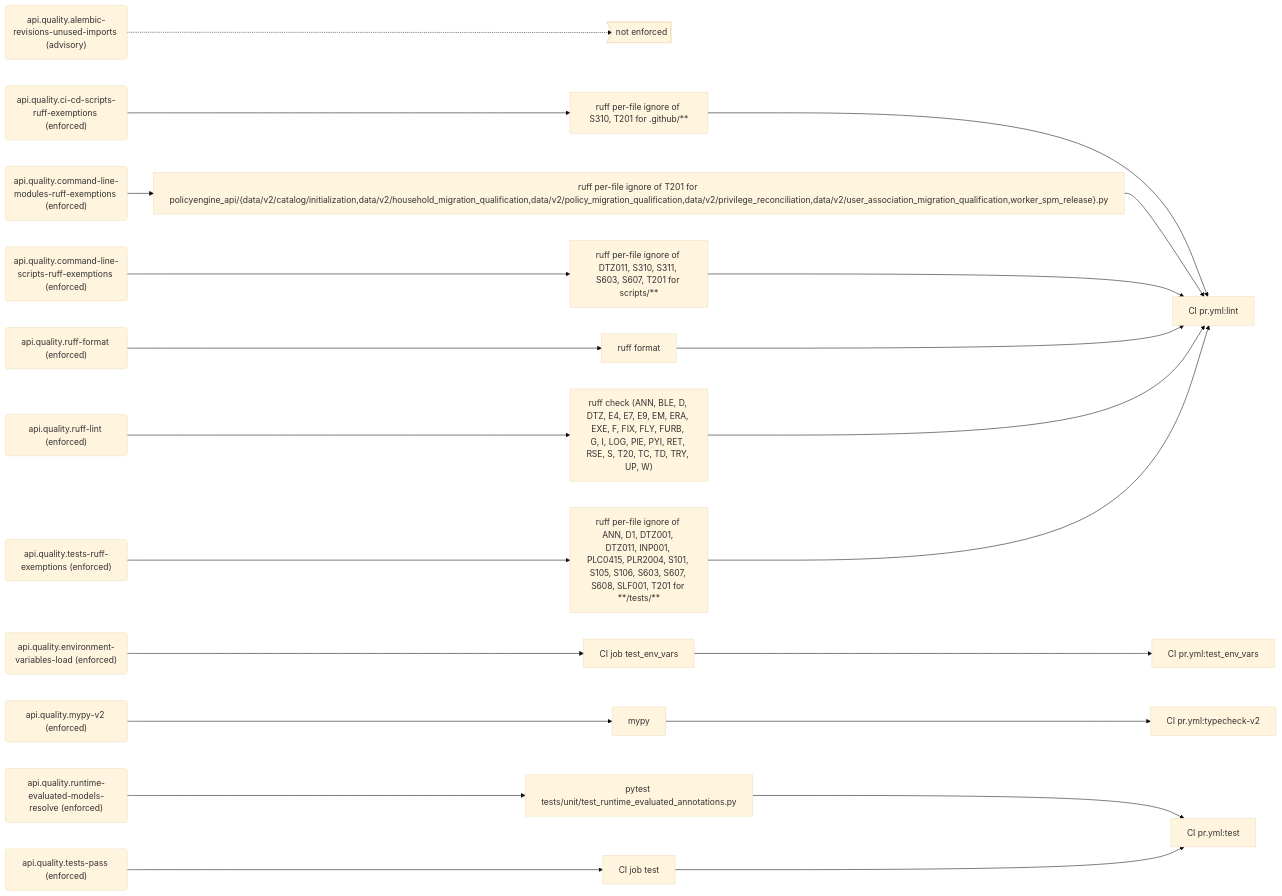
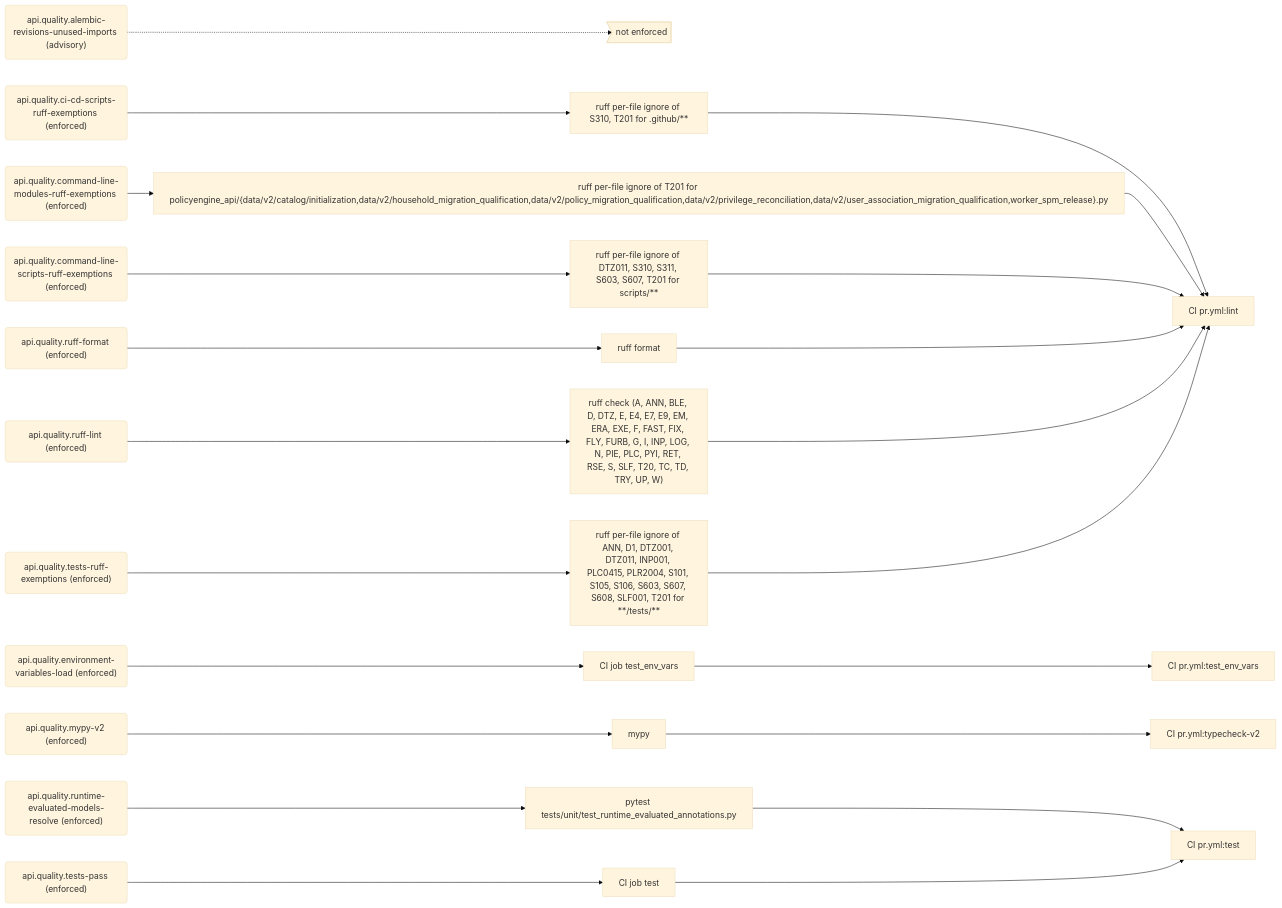
One commit to PolicyEngine/policyengine-api changed the sixth of 9 diagrams in docs/generated/rules.md. Above: the diagram before and after it, drawn with Mermaid (base theme). The commit also changed other lines of this file and 2 other files, not shown here.

Commit message:
Register group 7 in the ruff-lint rule
api.quality.ruff-lint now lists A, E, FAST, INP, N, PLC and SLF. The
rendered rules page also picks up the rules tool's new hash.

````diff
--- a/docs/generated/rules.md
+++ b/docs/generated/rules.md
@@ -304,50 +304,50 @@
 ```mermaid
 flowchart LR
   r_api_quality_alembic_revisions_unused_imports("api.quality.alembic-revisions-unused-imports (advisory)")
   gap_unenforced>"not enforced"]
   r_api_quality_ci_cd_scripts_ruff_exemptions("api.quality.ci-cd-scripts-ruff-exemptions (enforced)")
   e_ruff_per_file_ignore_of_S310__T201_for__github___["ruff per-file ignore of S310, T201 for .github/**"]
   j_CI_pr_yml_lint["CI pr.yml:lint"]
   r_api_quality_command_line_modules_ruff_exemptions("api.quality.command-line-modules-ruff-exemptions (enforced)")
   e_ruff_per_file_ignore_of_T201_for_policyengine_api__data_v2_catalog_initialization_data_v2_household_migration_qualification_data_v2_policy_migration_qualification_data_v2_privilege_reconciliation_data_v2_user_association_migration_qualification_worker_spm_release__py["ruff per-file ignore of T201 for policyengine_api/{data/v2/catalog/initialization,data/v2/household_migration_qualification,data/v2/policy_migration_qualification,data/v2/privilege_reconciliation,data/v2/user_association_migration_qualification,worker_spm_release}.py"]
   r_api_quality_command_line_scripts_ruff_exemptions("api.quality.command-line-scripts-ruff-exemptions (enforced)")
   e_ruff_per_file_ignore_of_DTZ011__S310__S311__S603__S607__T201_for_scripts___["ruff per-file ignore of DTZ011, S310, S311, S603, S607, T201 for scripts/**"]
   r_api_quality_environment_variables_load("api.quality.environment-variables-load (enforced)")
   e_CI_job_test_env_vars["CI job test_env_vars"]
   j_CI_pr_yml_test_env_vars["CI pr.yml:test_env_vars"]
   r_api_quality_mypy_v2("api.quality.mypy-v2 (enforced)")
   e_mypy["mypy"]
   j_CI_pr_yml_typecheck_v2["CI pr.yml:typecheck-v2"]
   r_api_quality_ruff_format("api.quality.ruff-format (enforced)")
   e_ruff_format["ruff format"]
   r_api_quality_ruff_lint("api.quality.ruff-lint (enforced)")
-  e_ruff_check__ANN__BLE__D__DTZ__E4__E7__E9__EM__ERA__EXE__F__FIX__FLY__FURB__G__I__LOG__PIE__PYI__RET__RSE__S__T20__TC__TD__TRY__UP__W_["ruff check (ANN, BLE, D, DTZ, E4, E7, E9, EM, ERA, EXE, F, FIX, FLY, FURB, G, I, LOG, PIE, PYI, RET, RSE, S, T20, TC, TD, TRY, UP, W)"]
+  e_ruff_check__A__ANN__BLE__D__DTZ__E__E4__E7__E9__EM__ERA__EXE__F__FAST__FIX__FLY__FURB__G__I__INP__LOG__N__PIE__PLC__PYI__RET__RSE__S__SLF__T20__TC__TD__TRY__UP__W_["ruff check (A, ANN, BLE, D, DTZ, E, E4, E7, E9, EM, ERA, EXE, F, FAST, FIX, FLY, FURB, G, I, INP, LOG, N, PIE, PLC, PYI, RET, RSE, S, SLF, T20, TC, TD, TRY, UP, W)"]
   r_api_quality_runtime_evaluated_models_resolve("api.quality.runtime-evaluated-models-resolve (enforced)")
   e_pytest_tests_unit_test_runtime_evaluated_annotations_py["pytest tests/unit/test_runtime_evaluated_annotations.py"]
   j_CI_pr_yml_test["CI pr.yml:test"]
   r_api_quality_tests_pass("api.quality.tests-pass (enforced)")
   e_CI_job_test["CI job test"]
   r_api_quality_tests_ruff_exemptions("api.quality.tests-ruff-exemptions (enforced)")
   e_ruff_per_file_ignore_of_ANN__D1__DTZ001__DTZ011__INP001__PLC0415__PLR2004__S101__S105__S106__S603__S607__S608__SLF001__T201_for____tests___["ruff per-file ignore of ANN, D1, DTZ001, DTZ011, INP001, PLC0415, PLR2004, S101, S105, S106, S603, S607, S608, SLF001, T201 for **/tests/**"]
   r_api_quality_alembic_revisions_unused_imports -.-> gap_unenforced
   r_api_quality_ci_cd_scripts_ruff_exemptions --> e_ruff_per_file_ignore_of_S310__T201_for__github___
   e_ruff_per_file_ignore_of_S310__T201_for__github___ --> j_CI_pr_yml_lint
   r_api_quality_command_line_modules_ruff_exemptions --> e_ruff_per_file_ignore_of_T201_for_policyengine_api__data_v2_catalog_initialization_data_v2_household_migration_qualification_data_v2_policy_migration_qualification_data_v2_privilege_reconciliation_data_v2_user_association_migration_qualification_worker_spm_release__py
   e_ruff_per_file_ignore_of_T201_for_policyengine_api__data_v2_catalog_initialization_data_v2_household_migration_qualification_data_v2_policy_migration_qualification_data_v2_privilege_reconciliation_data_v2_user_association_migration_qualification_worker_spm_release__py --> j_CI_pr_yml_lint
   r_api_quality_command_line_scripts_ruff_exemptions --> e_ruff_per_file_ignore_of_DTZ011__S310__S311__S603__S607__T201_for_scripts___
   e_ruff_per_file_ignore_of_DTZ011__S310__S311__S603__S607__T201_for_scripts___ --> j_CI_pr_yml_lint
   r_api_quality_environment_variables_load --> e_CI_job_test_env_vars
   e_CI_job_test_env_vars --> j_CI_pr_yml_test_env_vars
   r_api_quality_mypy_v2 --> e_mypy
   e_mypy --> j_CI_pr_yml_typecheck_v2
   r_api_quality_ruff_format --> e_ruff_format
   e_ruff_format --> j_CI_pr_yml_lint
-  r_api_quality_ruff_lint --> e_ruff_check__ANN__BLE__D__DTZ__E4__E7__E9__EM__ERA__EXE__F__FIX__FLY__FURB__G__I__LOG__PIE__PYI__RET__RSE__S__T20__TC__TD__TRY__UP__W_
-  e_ruff_check__ANN__BLE__D__DTZ__E4__E7__E9__EM__ERA__EXE__F__FIX__FLY__FURB__G__I__LOG__PIE__PYI__RET__RSE__S__T20__TC__TD__TRY__UP__W_ --> j_CI_pr_yml_lint
+  r_api_quality_ruff_lint --> e_ruff_check__A__ANN__BLE__D__DTZ__E__E4__E7__E9__EM__ERA__EXE__F__FAST__FIX__FLY__FURB__G__I__INP__LOG__N__PIE__PLC__PYI__RET__RSE__S__SLF__T20__TC__TD__TRY__UP__W_
+  e_ruff_check__A__ANN__BLE__D__DTZ__E__E4__E7__E9__EM__ERA__EXE__F__FAST__FIX__FLY__FURB__G__I__INP__LOG__N__PIE__PLC__PYI__RET__RSE__S__SLF__T20__TC__TD__TRY__UP__W_ --> j_CI_pr_yml_lint
   r_api_quality_runtime_evaluated_models_resolve --> e_pytest_tests_unit_test_runtime_evaluated_annotations_py
   e_pytest_tests_unit_test_runtime_evaluated_annotations_py --> j_CI_pr_yml_test
   r_api_quality_tests_pass --> e_CI_job_test
   e_CI_job_test --> j_CI_pr_yml_test
   r_api_quality_tests_ruff_exemptions --> e_ruff_per_file_ignore_of_ANN__D1__DTZ001__DTZ011__INP001__PLC0415__PLR2004__S101__S105__S106__S603__S607__S608__SLF001__T201_for____tests___
   e_ruff_per_file_ignore_of_ANN__D1__DTZ001__DTZ011__INP001__PLC0415__PLR2004__S101__S105__S106__S603__S607__S608__SLF001__T201_for____tests___ --> j_CI_pr_yml_lint
 ```
````
